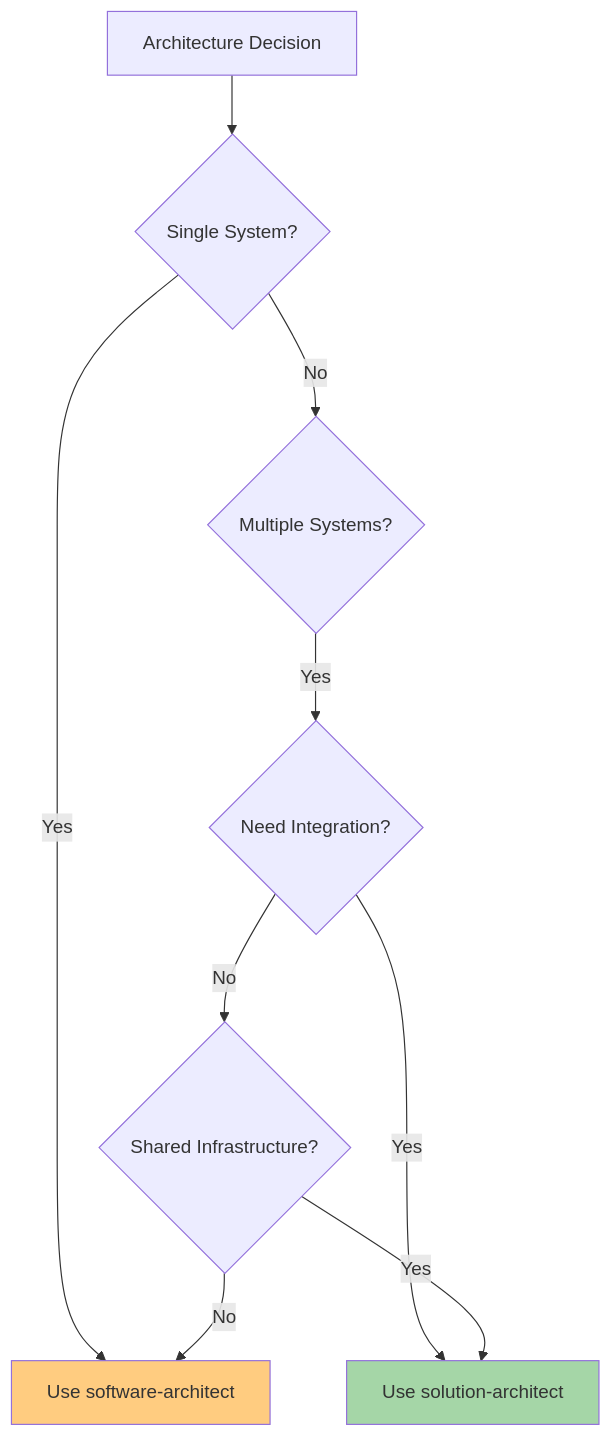
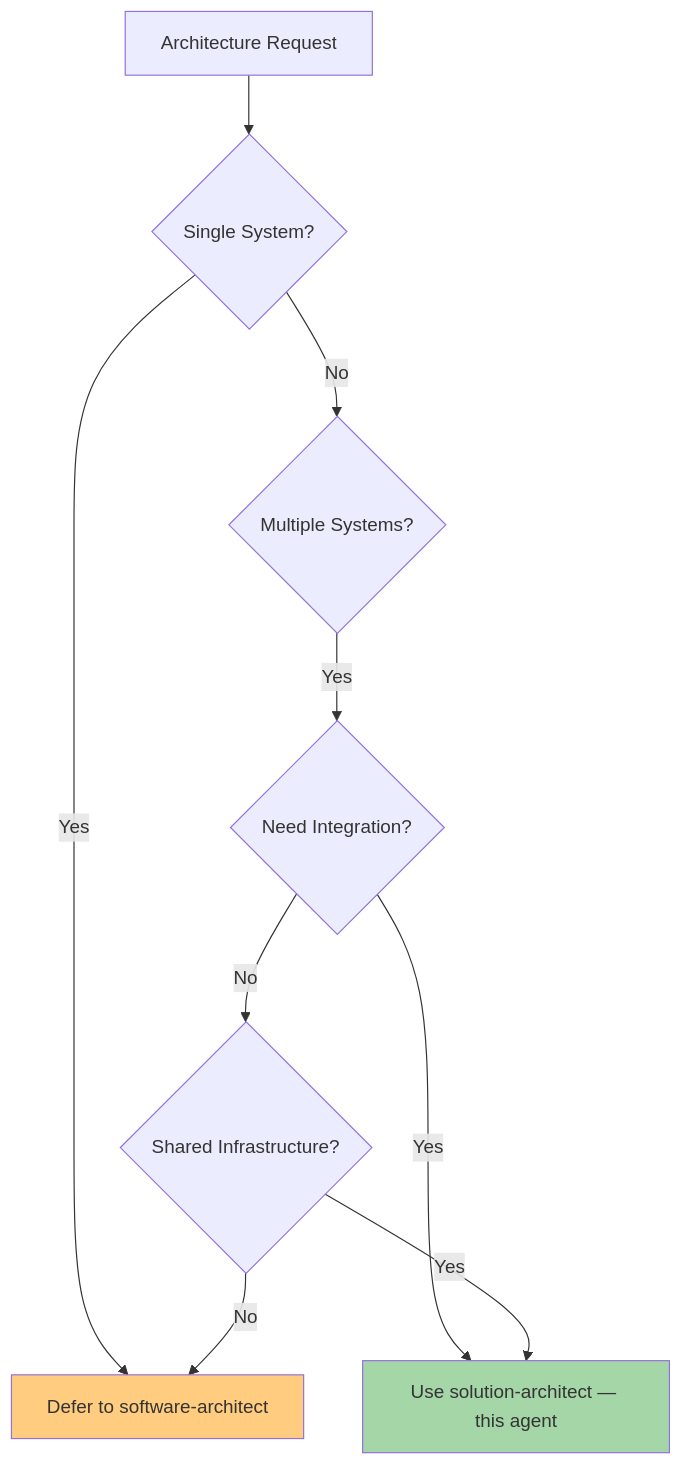
The first of 12 diagrams in agents/claude/engineering/architecture/solution-architect.md (stratpoint-engineering/ultimate-ai-agents), drawn with Mermaid before and after one commit. The commit also changed other lines of this file and 4 other files, not shown here.

First line of the commit message:
Sync Gemini solution-architect to Claude version with full workflow and ADR structure

````diff
--- a/agents/claude/engineering/architecture/solution-architect.md
+++ b/agents/claude/engineering/architecture/solution-architect.md
@@ -68,17 +45,14 @@
 ```mermaid
 flowchart TD
-    Start[Architecture Decision] --> Q1{Single System?}
-
-    Q1 -->|Yes| SoftwareArch[Use software-architect]
+    Start[Architecture Request] --> Q1{Single System?}
+    Q1 -->|Yes| SoftwareArch[Defer to software-architect]
     Q1 -->|No| Q2{Multiple Systems?}
-
     Q2 -->|Yes| Q3{Need Integration?}
-    Q3 -->|Yes| SolutionArch[Use solution-architect]
+    Q3 -->|Yes| SolutionArch[Use solution-architect — this agent]
     Q3 -->|No| Q4{Shared Infrastructure?}
-
     Q4 -->|Yes| SolutionArch
     Q4 -->|No| SoftwareArch
 
     style SolutionArch fill:#a5d6a7
     style SoftwareArch fill:#ffcc80
 ```
````
